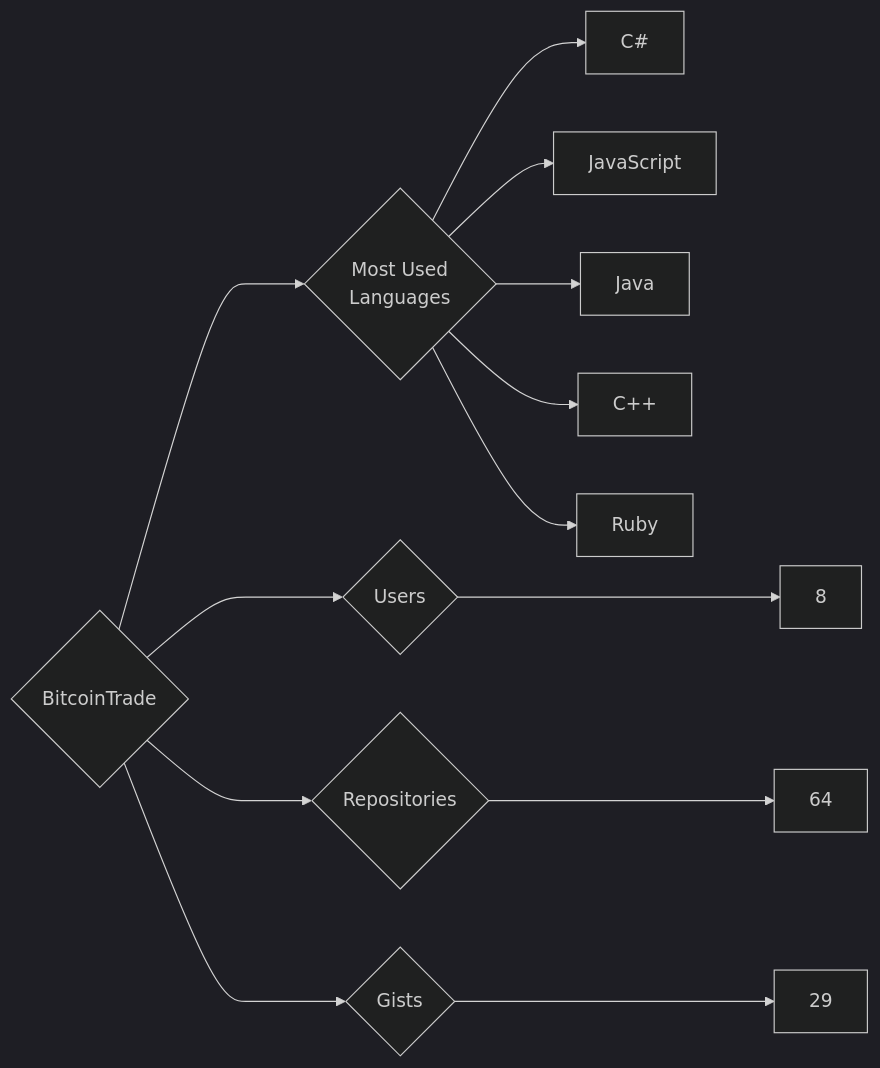
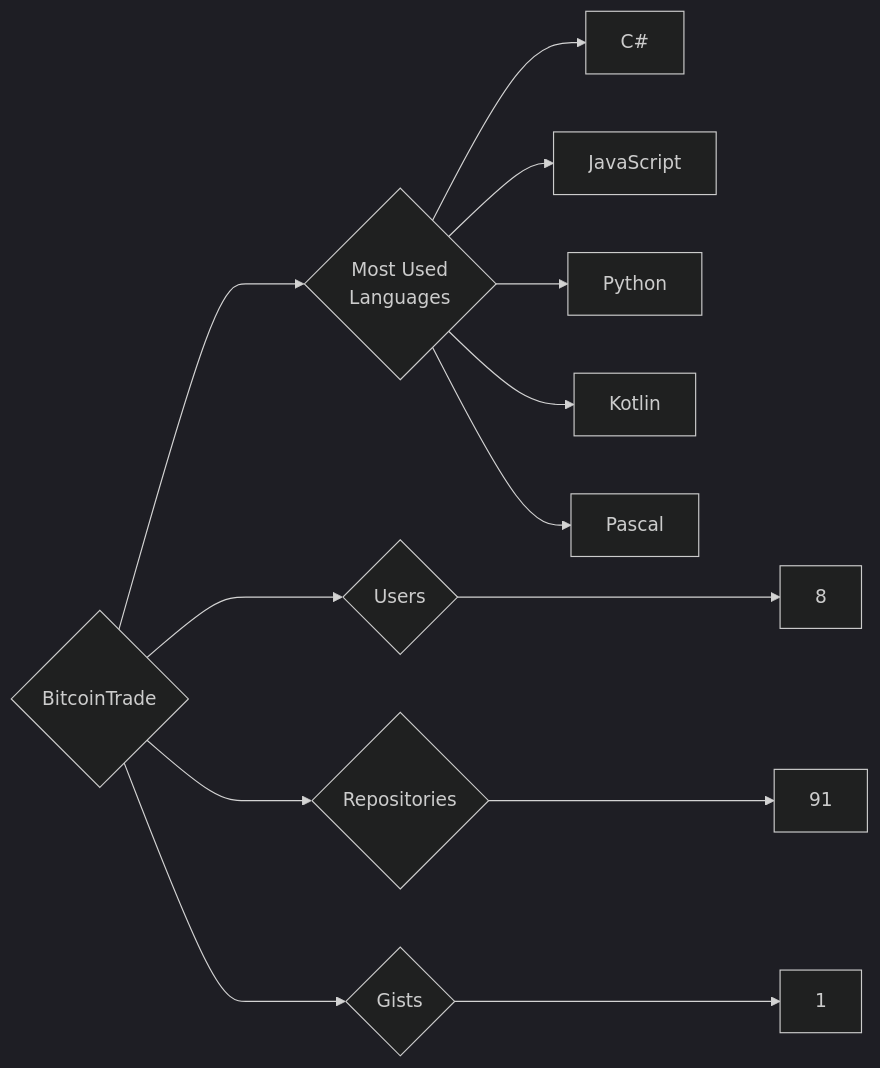
Before and after one commit to trickest/insiders: the diagram in targets/BitcoinTrade/README.md, drawn with Mermaid (dark theme). The commit also changed 1123 other files, not shown here.

````diff
--- a/targets/BitcoinTrade/README.md
+++ b/targets/BitcoinTrade/README.md
@@ -3,13 +3,13 @@
 ```mermaid
 graph LR
 COMPANY_NAME{BitcoinTrade}
 COMPANY_NAME ---> U{Users} ---> UN[8]
-COMPANY_NAME ---> R{Repositories} ---> RN[64]
-COMPANY_NAME ---> G{Gists} ---> GN[29]
+COMPANY_NAME ---> R{Repositories} ---> RN[91]
+COMPANY_NAME ---> G{Gists} ---> GN[1]
 COMPANY_NAME ---> ML{Most Used<br>Languages}
 ML --> C#[C#]
 ML --> JavaScript[JavaScript]
-ML --> Java[Java]
-ML --> C++[C++]
-ML --> Ruby[Ruby]
+ML --> Python[Python]
+ML --> Kotlin[Kotlin]
+ML --> Pascal[Pascal]
 ```
````
